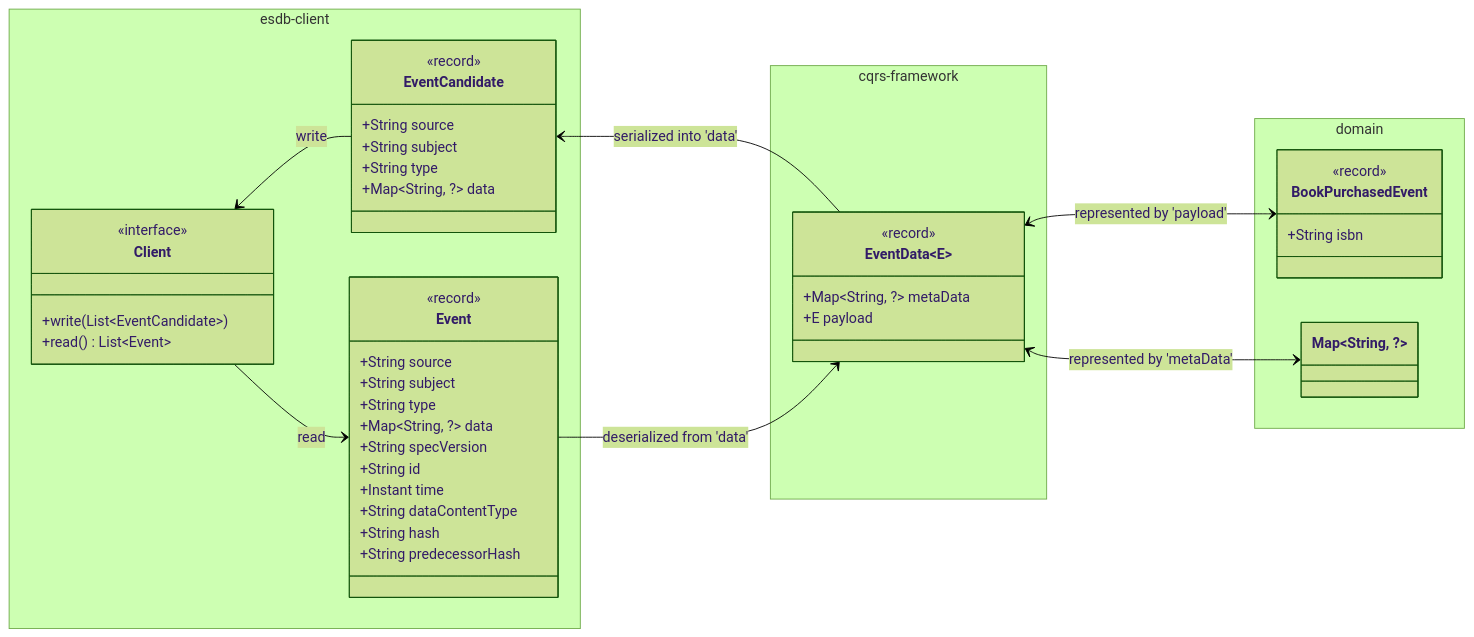
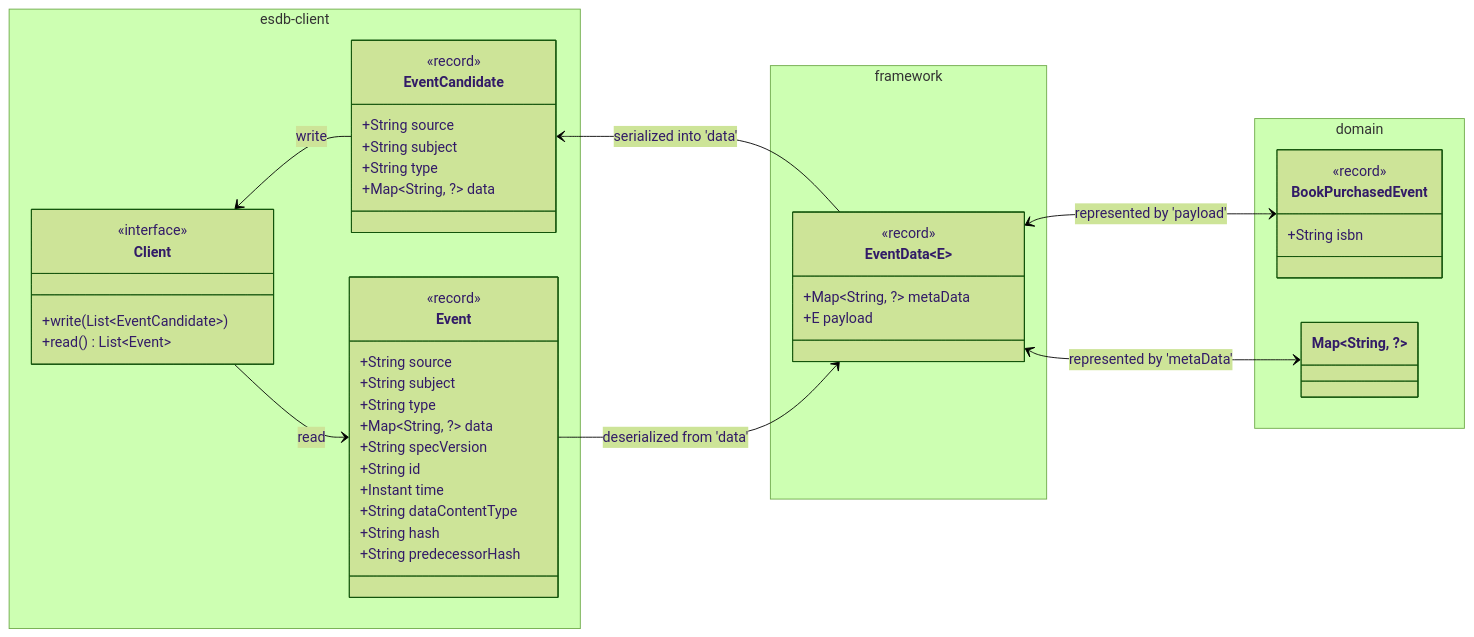
One commit to open-cqrs/opencqrs changed the diagram in mkdocs/docs/reference/events/index.md. Above: the diagram before and after it, drawn with Mermaid (forest theme). The commit also changed other lines of this file and 3 other files, not shown here.

````diff
--- a/mkdocs/docs/reference/events/index.md
+++ b/mkdocs/docs/reference/events/index.md
@@ -11,52 +11,52 @@
 ```mermaid
 classDiagram
 direction RL
 
 namespace domain {
     class Map~String, ?~
     class BookPurchasedEvent {
         <<record>>
         +String isbn
     }
 }
-namespace cqrs-framework {
+namespace framework {
     class EventData~E~ {
         <<record>>
         +Map~String, ?~ metaData
         +E payload
     }
 }
 namespace esdb-client {
     class EventCandidate {
         <<record>>
         +String source
         +String subject
         +String type
         +Map~String, ?~ data
     }
     class Event {
         <<record>>
         +String source
         +String subject
         +String type
         +Map~String, ?~ data
         +String specVersion
         +String id
         +Instant time
         +String dataContentType
         +String hash
         +String predecessorHash
     }
     class Client {
         <<interface>>
         +write(List~EventCandidate~)
         +read() List~Event~
     }
 }
 BookPurchasedEvent <--> EventData: represented by 'payload'
 Map~String, ?~ <--> EventData: represented by 'metaData'
 EventData~E~ --> EventCandidate : serialized into 'data'
 EventData~E~ <-- Event : deserialized from 'data'
 EventCandidate --> Client: write
 Event <-- Client: read
 ```
````
